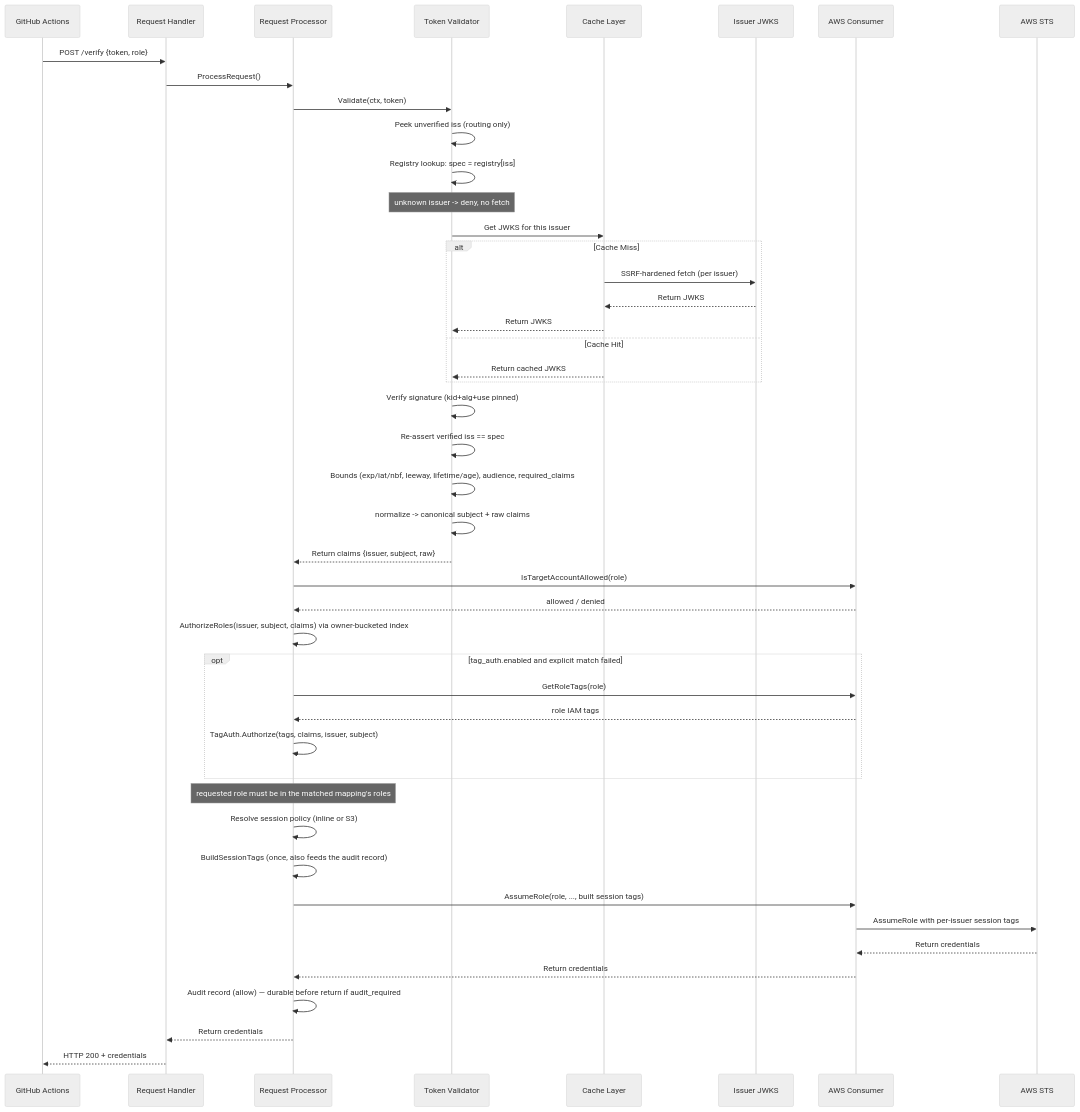
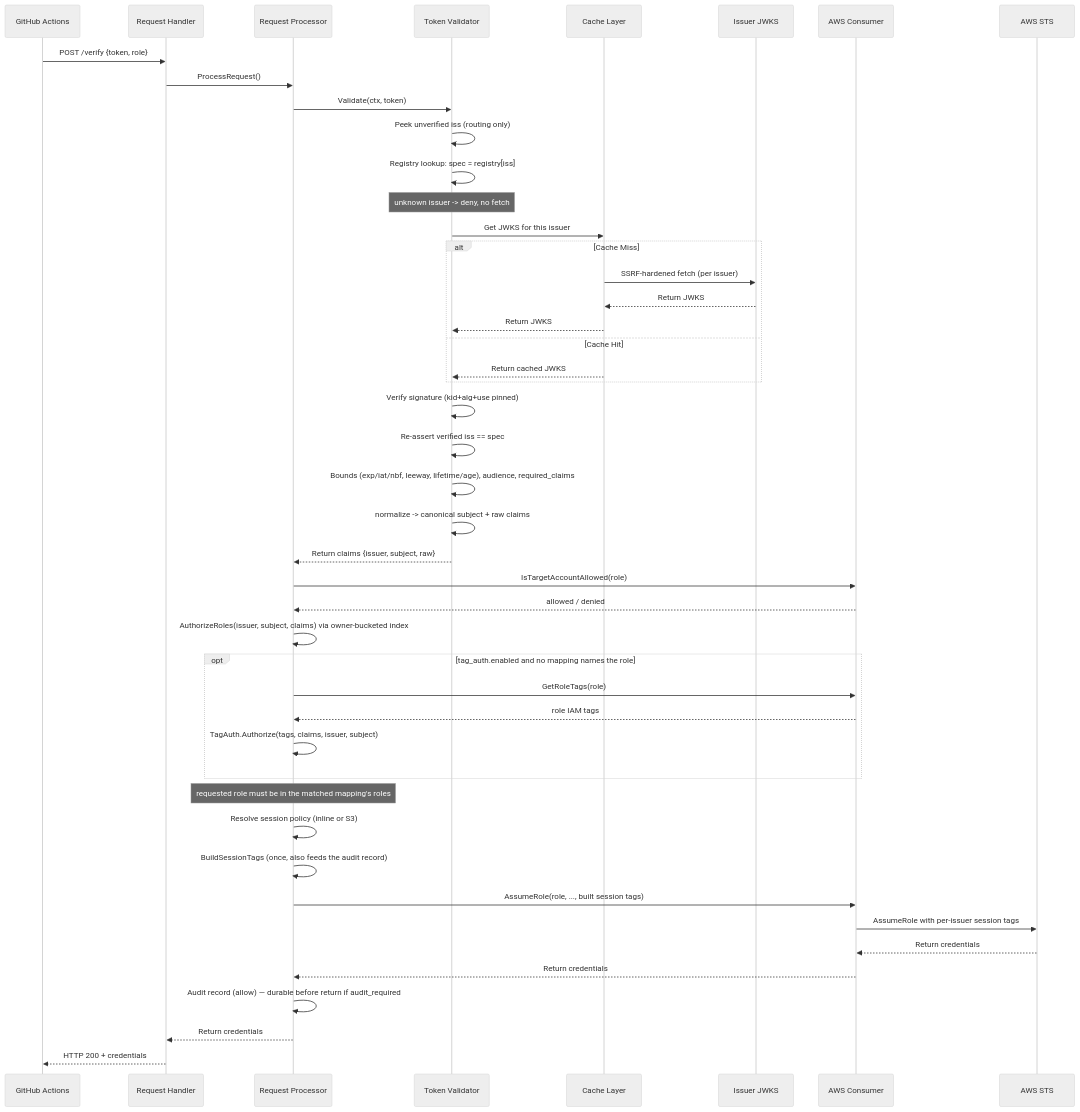
The second of 6 diagrams in docs/ARCHITECTURE.md (boogy/aws-oidc-warden), drawn with Mermaid (neutral theme) before and after one commit. The commit also changed other lines of this file and 16 other files, not shown here.

First line of the commit message:
feat(config)!: tag-auth never grants a role a mapping names

````diff
--- a/docs/ARCHITECTURE.md
+++ b/docs/ARCHITECTURE.md
@@ -124,57 +124,57 @@
 ```mermaid
 sequenceDiagram
     participant Client as GitHub Actions
     participant Handler as Request Handler
     participant Processor as Request Processor
     participant Validator as Token Validator
     participant Cache as Cache Layer
     participant JWKS as Issuer JWKS
     participant Consumer as AWS Consumer
     participant STS as AWS STS
 
     Client->>Handler: POST /verify {token, role}
     Handler->>Processor: ProcessRequest()
 
     Processor->>Validator: Validate(ctx, token)
     Validator->>Validator: Peek unverified iss (routing only)
     Validator->>Validator: Registry lookup: spec = registry[iss]
     Note over Validator: unknown issuer -> deny, no fetch
     Validator->>Cache: Get JWKS for this issuer
 
     alt Cache Miss
         Cache->>JWKS: SSRF-hardened fetch (per issuer)
         JWKS-->>Cache: Return JWKS
         Cache-->>Validator: Return JWKS
     else Cache Hit
         Cache-->>Validator: Return cached JWKS
     end
 
     Validator->>Validator: Verify signature (kid+alg+use pinned)
     Validator->>Validator: Re-assert verified iss == spec
     Validator->>Validator: Bounds (exp/iat/nbf, leeway, lifetime/age), audience, required_claims
     Validator->>Validator: normalize -> canonical subject + raw claims
     Validator-->>Processor: Return claims {issuer, subject, raw}
 
     Processor->>Consumer: IsTargetAccountAllowed(role)
     Consumer-->>Processor: allowed / denied
 
     Processor->>Processor: AuthorizeRoles(issuer, subject, claims) via owner-bucketed index
 
-    opt tag_auth.enabled and explicit match failed
+    opt tag_auth.enabled and no mapping names the role
         Processor->>Consumer: GetRoleTags(role)
         Consumer-->>Processor: role IAM tags
         Processor->>Processor: TagAuth.Authorize(tags, claims, issuer, subject)
     end
 
     Note over Processor: requested role must be in the matched mapping's roles
     Processor->>Processor: Resolve session policy (inline or S3)
     Processor->>Processor: BuildSessionTags (once, also feeds the audit record)
     Processor->>Consumer: AssumeRole(role, ..., built session tags)
 
     Consumer->>STS: AssumeRole with per-issuer session tags
     STS-->>Consumer: Return credentials
     Consumer-->>Processor: Return credentials
     Processor->>Processor: Audit record (allow) — durable before return if audit_required
     Processor-->>Handler: Return credentials
     Handler-->>Client: HTTP 200 + credentials
 ```
````
